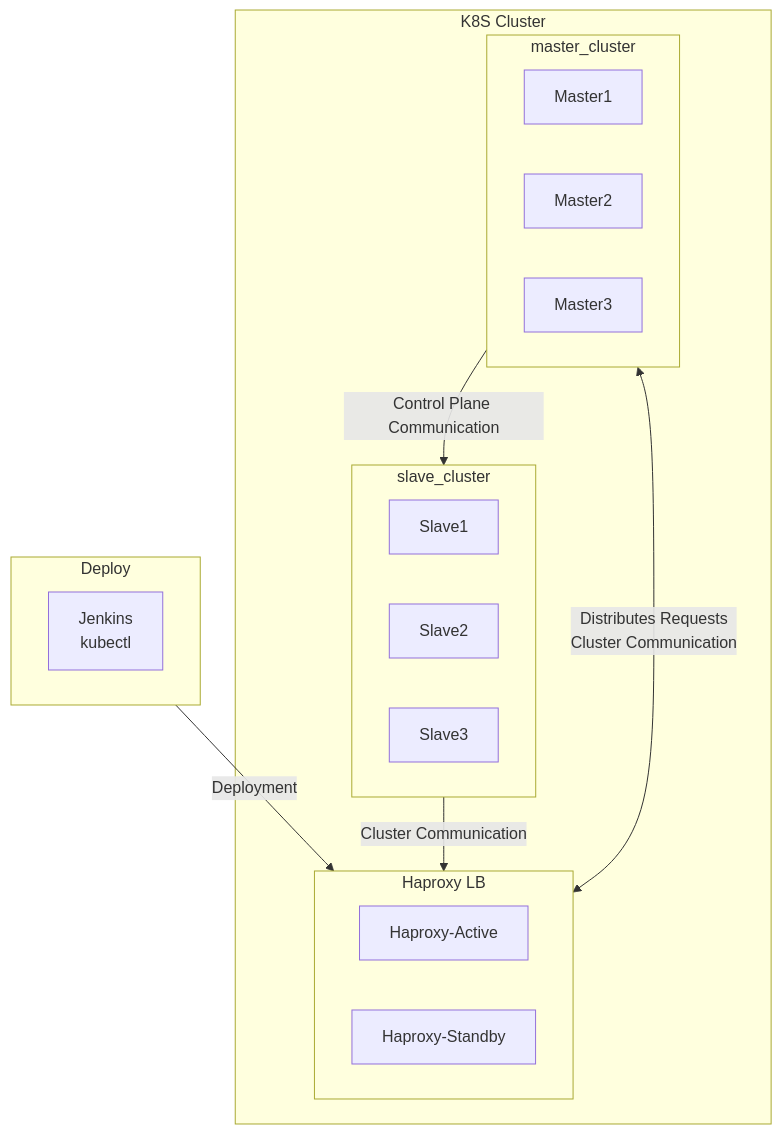
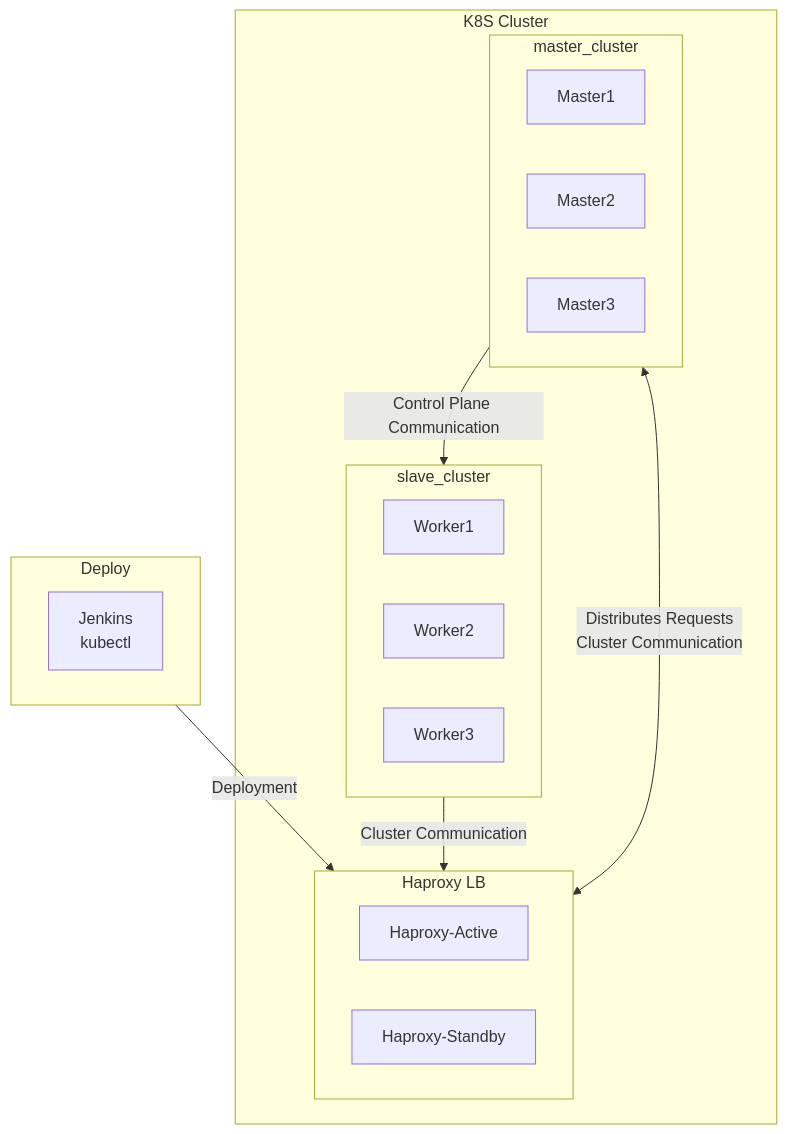
One commit to QubitSecurity/howto changed the diagram in rocky9/k8s/README.md. Above: the diagram before and after it, drawn with Mermaid.

````diff
--- a/rocky9/k8s/README.md
+++ b/rocky9/k8s/README.md
@@ -200,28 +200,28 @@
 ```mermaid
 graph TD
     subgraph "Deploy"
         Jenkins[Jenkins<br>kubectl]
     end
 
     subgraph K8s[K8S Cluster]
         subgraph master[master_cluster]
             Master1
             Master2
             Master3
         end
         subgraph slave[slave_cluster]
-            Slave1
-            Slave2
-            Slave3
+            Worker1
+            Worker2
+            Worker3
         end
         subgraph Haproxy[Haproxy LB]
             Haproxy1[Haproxy-Active]
             Haproxy2[Haproxy-Standby]
         end
     end
 
 Deploy --Deployment--> Haproxy
 slave --Cluster Communication--> Haproxy
 master <--Distributes Requests <br> Cluster Communication--> Haproxy
 master --Control Plane Communication--> slave
 ```
````
